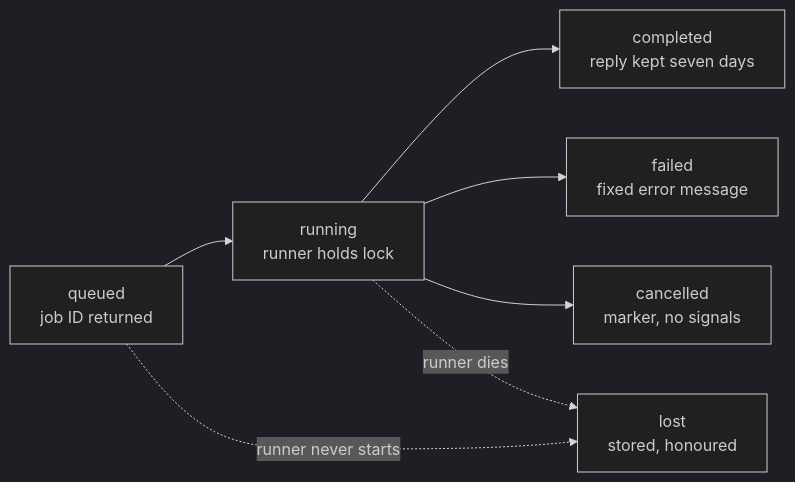
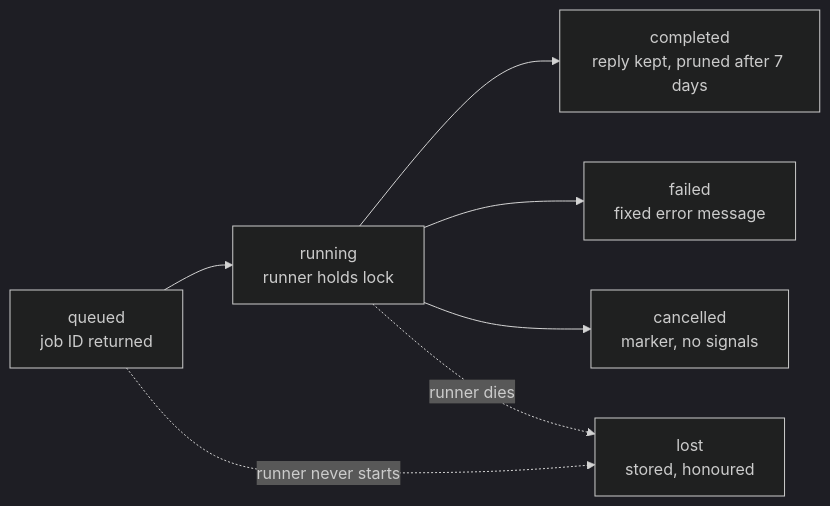
One commit to mtrzes/reweigh changed the third of 3 diagrams in plugins/peer-bridge/HOW-IT-WORKS.md. Above: the diagram before and after it, drawn with Mermaid (dark theme). The commit also changed other lines of this file and 2 other files, not shown here.

````diff
--- a/plugins/peer-bridge/HOW-IT-WORKS.md
+++ b/plugins/peer-bridge/HOW-IT-WORKS.md
@@ -65,9 +65,9 @@
 ```mermaid
 flowchart LR
     queued["queued<br/>job ID returned"] --> running["running<br/>runner holds lock"]
-    running --> completed["completed<br/>reply kept seven days"]
+    running --> completed["completed<br/>reply kept, pruned after 7 days"]
     running --> failed["failed<br/>fixed error message"]
     running --> cancelled["cancelled<br/>marker, no signals"]
     queued -. runner never starts .-> lost["lost<br/>stored, honoured"]
     running -. runner dies .-> lost
 ```
````
